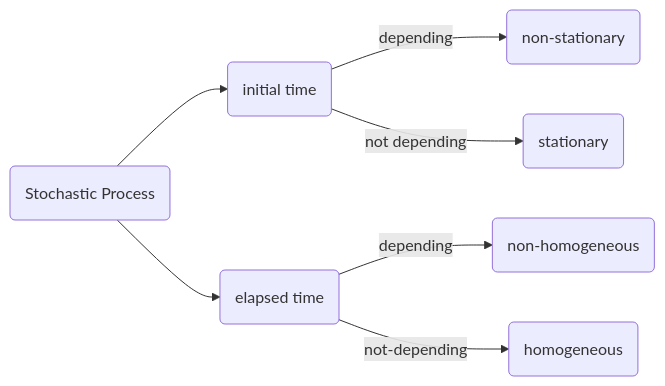
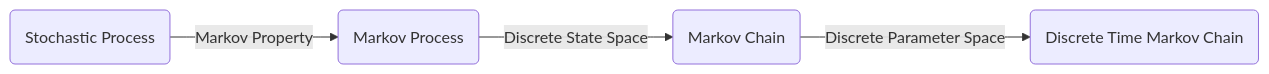
The diagram in _posts/2018-11-15-DTMC-discrete-time-markov-chains.md (fischstreicheln/fischstreicheln.github.io), drawn with Mermaid before and after one commit. The commit also changed other lines of this file and 2 other files, not shown here.

```diff
--- a/_posts/2018-11-15-DTMC-discrete-time-markov-chains.md
+++ b/_posts/2018-11-15-DTMC-discrete-time-markov-chains.md
@@ -55,9 +25,6 @@
 <div class="mermaid">
 graph LR;
-    A(Stochastic Process)-->B(initial time);
-    A-->C(elapsed time);
-    B--depending-->D(non-stationary);
-    B--not depending-->E(stationary);
-    C--depending-->F(non-homogeneous);
-    C--not-depending-->G(homogeneous);
+    A(Stochastic Process)--Markov Property-->B(Markov Process);
+    B--Discrete State Space-->C(Markov Chain);
+    C--Discrete Parameter Space-->D(Discrete Time Markov Chain);
 </div>
```
